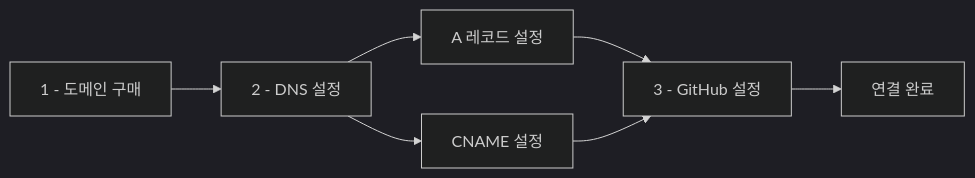
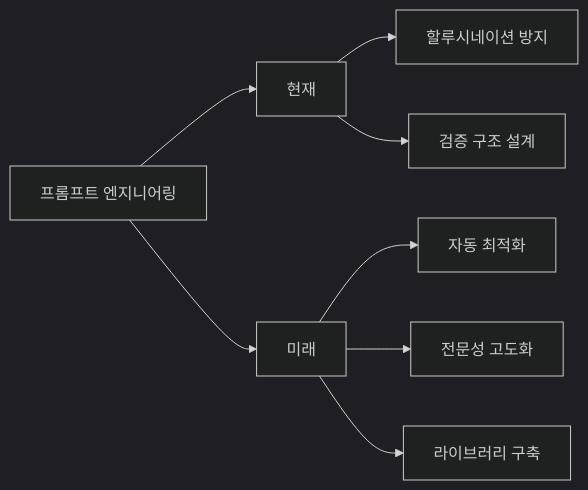
One commit to nugurejeil/weniVooks changed the fifth of 5 diagrams in _md/essentials-vibecoding/chapter03/03-4.md. Above: the diagram before and after it, drawn with Mermaid (dark theme). The commit also changed other lines of this file and 49 other files, not shown here.

````diff
--- a/_md/essentials-vibecoding/chapter03/03-4.md
+++ b/_md/essentials-vibecoding/chapter03/03-4.md
@@ -11,9 +273,12 @@
 ```mermaid
 flowchart LR
-    A["1 - 도메인 구매"] --> B["2 - DNS 설정"]
-    B --> C["A 레코드 설정"]
-    B --> D["CNAME 설정"]
-    C --> E["3 - GitHub 설정"]
-    D --> E
-    E --> F["연결 완료"]
+    A["프롬프트 엔지니어링"] --> B["현재"]
+    A --> C["미래"]
+
+    B --> B1["할루시네이션 방지"]
+    B --> B2["검증 구조 설계"]
+
+    C --> C1["자동 최적화"]
+    C --> C2["전문성 고도화"]
+    C --> C3["라이브러리 구축"]
 ```
````
